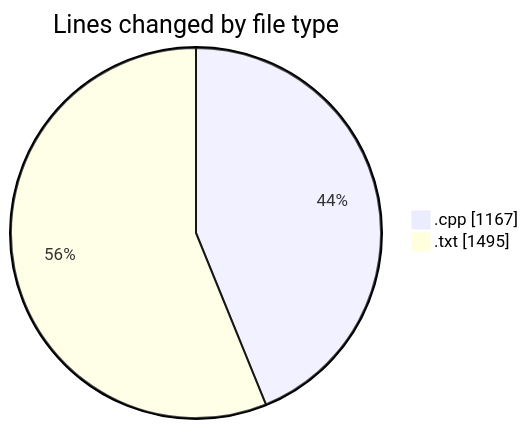
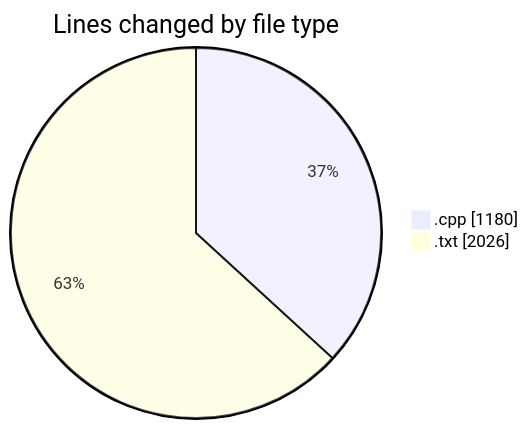
One commit to Ritupan-Deka/code-tracking changed the first of 2 diagrams in 2025-06-21/refinedproject/README.md. Above: the diagram before and after it, drawn with Mermaid. The commit also changed other lines of this file and 1 other file, not shown here.

````diff
--- a/2025-06-21/refinedproject/README.md
+++ b/2025-06-21/refinedproject/README.md
@@ -26,6 +27,6 @@
 ```mermaid
 pie showData
 title Lines changed by file type
-".cpp" : 1167
-".txt" : 1495
+".cpp" : 1180
+".txt" : 2026
 ```
````
